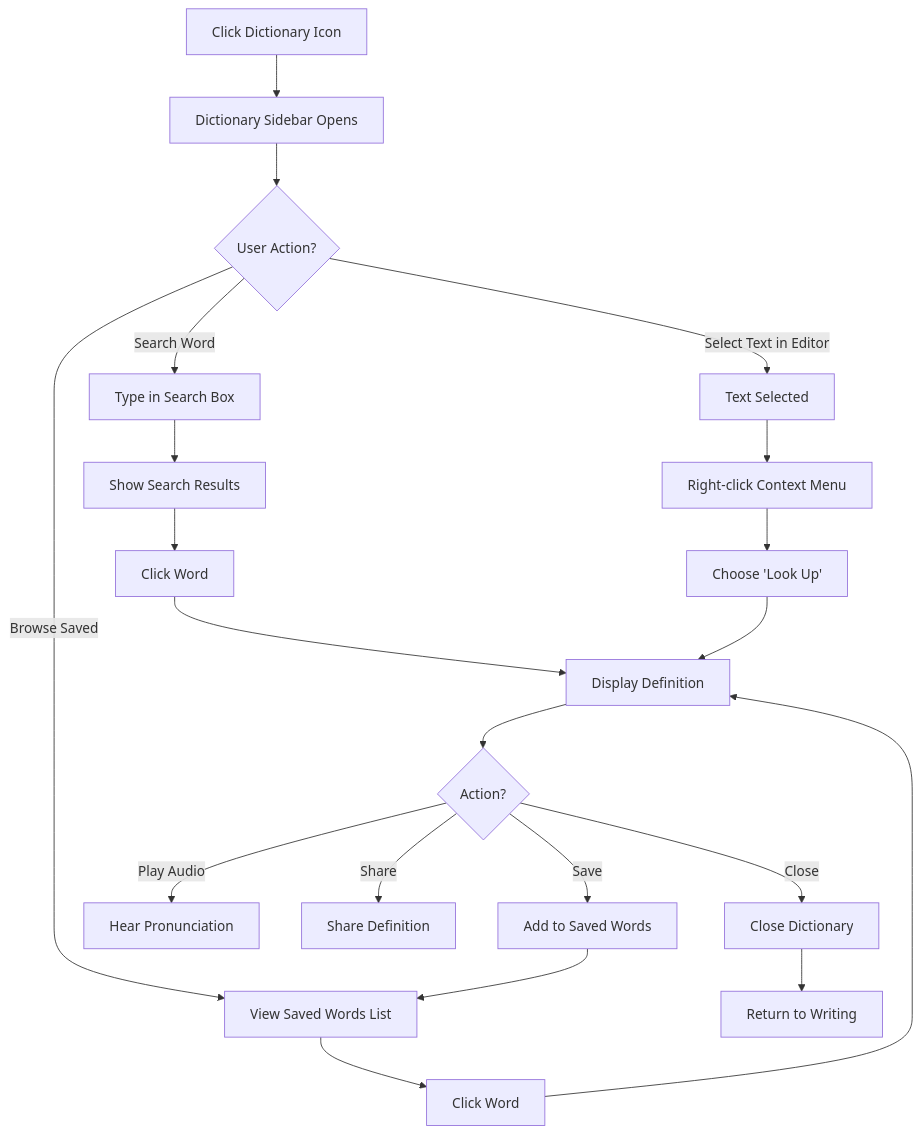
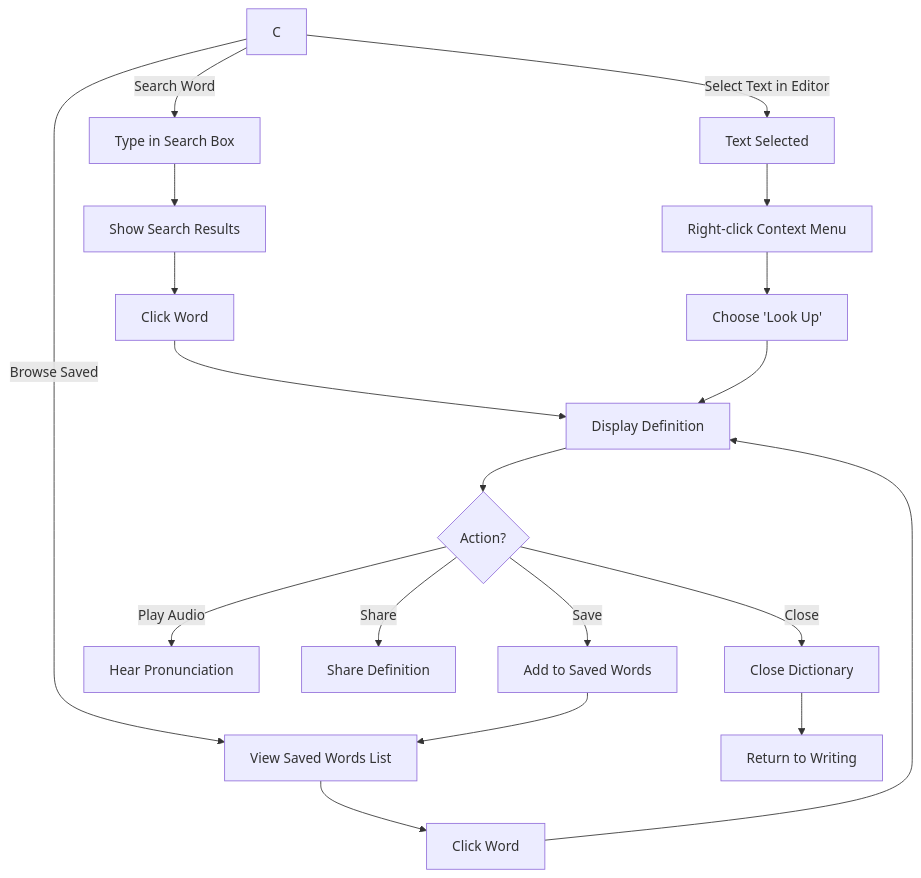
The sixth of 10 diagrams in frontend/docs/UXDesign.md (YushinB/my-writing-agent), drawn with Mermaid before and after one commit. The commit also changed other lines of this file and 10 other files, not shown here.

````diff
--- a/frontend/docs/UXDesign.md
+++ b/frontend/docs/UXDesign.md
@@ -713,28 +862,25 @@
 ```mermaid
 graph TD
-    A[Click Dictionary Icon] --> B[Dictionary Sidebar Opens]
-    B --> C{User Action?}
-
     C -->|Search Word| D[Type in Search Box]
     D --> E[Show Search Results]
     E --> F[Click Word]
     F --> G[Display Definition]
 
     C -->|Browse Saved| H[View Saved Words List]
     H --> I[Click Word]
     I --> G
 
     C -->|Select Text in Editor| J[Text Selected]
     J --> K[Right-click Context Menu]
     K --> L[Choose 'Look Up']
     L --> G
 
     G --> M{Action?}
     M -->|Save| N[Add to Saved Words]
     M -->|Play Audio| O[Hear Pronunciation]
     M -->|Share| P[Share Definition]
     M -->|Close| Q[Close Dictionary]
 
     N --> H
     Q --> R[Return to Writing]
 ```
````
